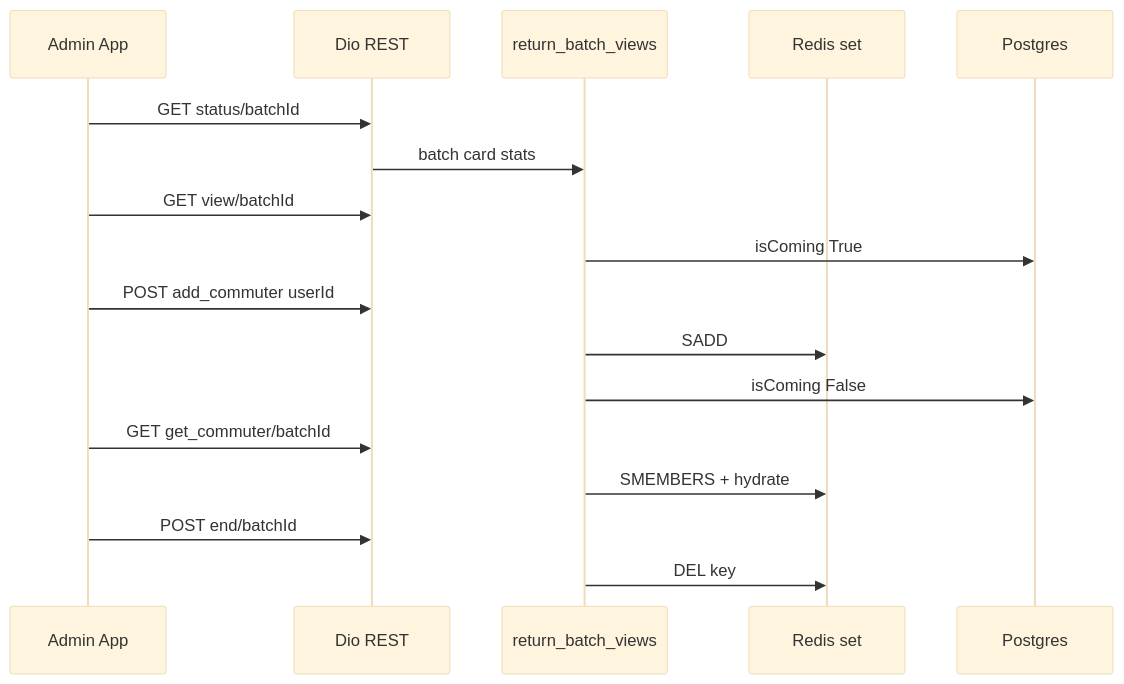
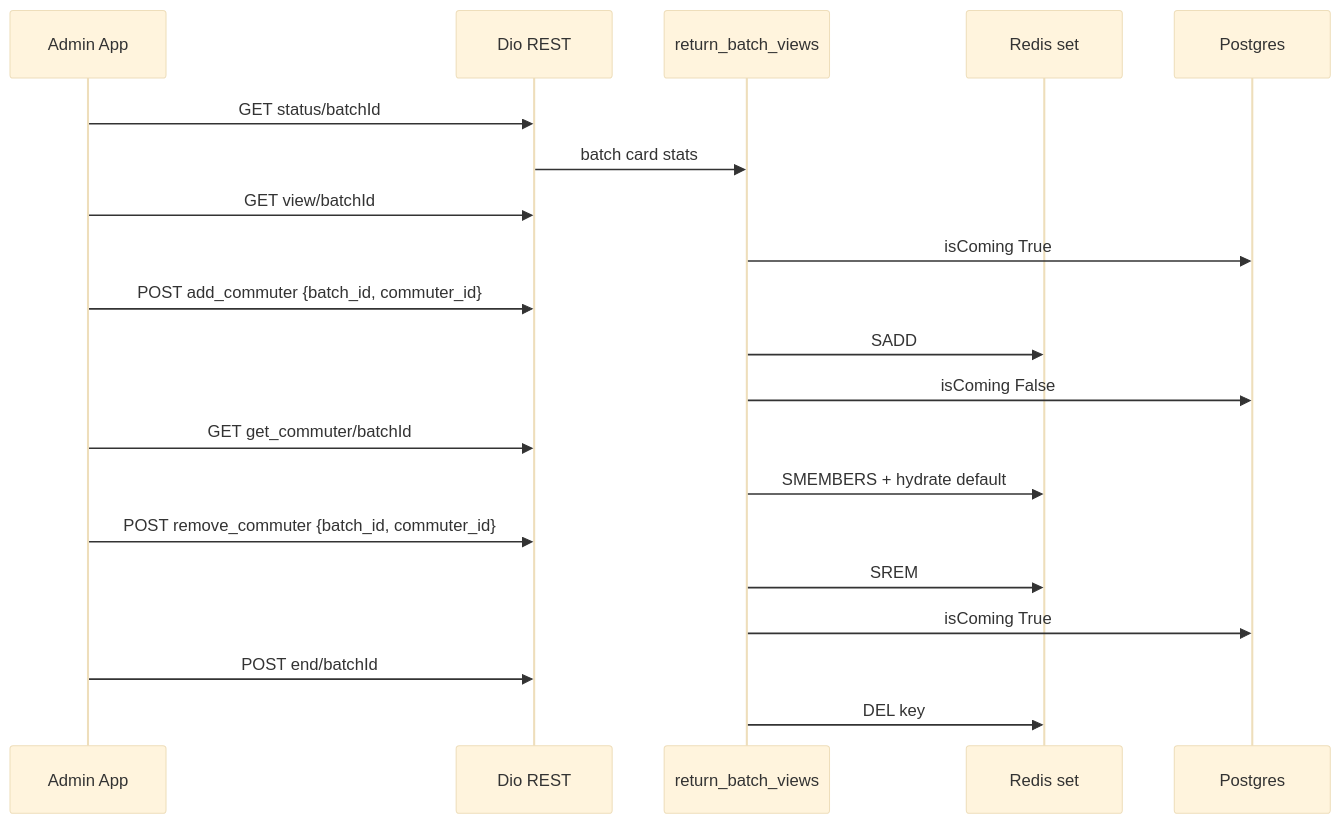
The fourth of 8 diagrams in docs/INTEGRATION.md (professorbhakta/cts_beta), drawn with Mermaid (base theme) before and after one commit. The commit also changed other lines of this file and 93 other files, not shown here.

First line of the commit message:
Enable driver return confirm and harden D2D/auth flows.

````diff
--- a/docs/INTEGRATION.md
+++ b/docs/INTEGRATION.md
@@ -142,20 +143,23 @@
 ```mermaid
 sequenceDiagram
   participant Admin as Admin App
   participant Dio as Dio REST
   participant API as return_batch_views
   participant R as Redis set
   participant DB as Postgres
 
   Admin->>Dio: GET status/batchId
   Dio->>API: batch card stats
   Admin->>Dio: GET view/batchId
   API->>DB: isComing True
-  Admin->>Dio: POST add_commuter userId
+  Admin->>Dio: POST add_commuter {batch_id, commuter_id}
   API->>R: SADD
   API->>DB: isComing False
   Admin->>Dio: GET get_commuter/batchId
-  API->>R: SMEMBERS + hydrate
+  API->>R: SMEMBERS + hydrate default
+  Admin->>Dio: POST remove_commuter {batch_id, commuter_id}
+  API->>R: SREM
+  API->>DB: isComing True
   Admin->>Dio: POST end/batchId
   API->>R: DEL key
 ```
````
